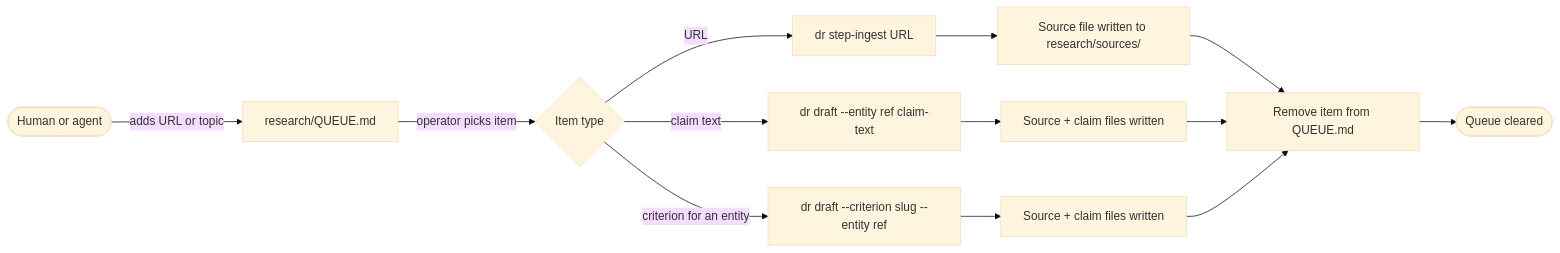
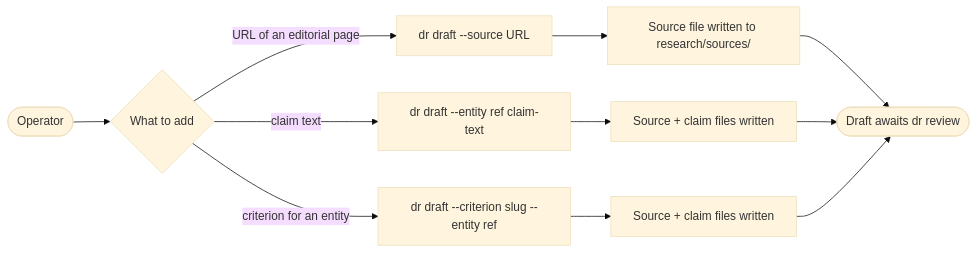
The second of 6 diagrams in docs/architecture/research-flow.md (dangerous-robot/site), drawn with Mermaid (base theme) before and after one commit. The commit also changed other lines of this file and 69 other files, not shown here.

````diff
--- a/docs/architecture/research-flow.md
+++ b/docs/architecture/research-flow.md
@@ -45,15 +44,13 @@
 ```mermaid
 flowchart LR
-    A([Human or agent]) -->|adds URL or topic| B[research/QUEUE.md]
-    B -->|operator picks item| C{Item type}
-    C -->|URL| D[dr step-ingest URL]
+    A([Operator]) --> C{What to add}
+    C -->|URL of an editorial page| D[dr draft --source URL]
     C -->|claim text| E[dr draft --entity ref claim-text]
     C -->|criterion for an entity| F[dr draft --criterion slug --entity ref]
     D --> G[Source file written to research/sources/]
     E --> H[Source + claim files written]
     F --> I[Source + claim files written]
-    G --> J[Remove item from QUEUE.md]
+    G --> J([Draft awaits dr review])
     H --> J
     I --> J
-    J --> K([Queue cleared])
 ```
````
